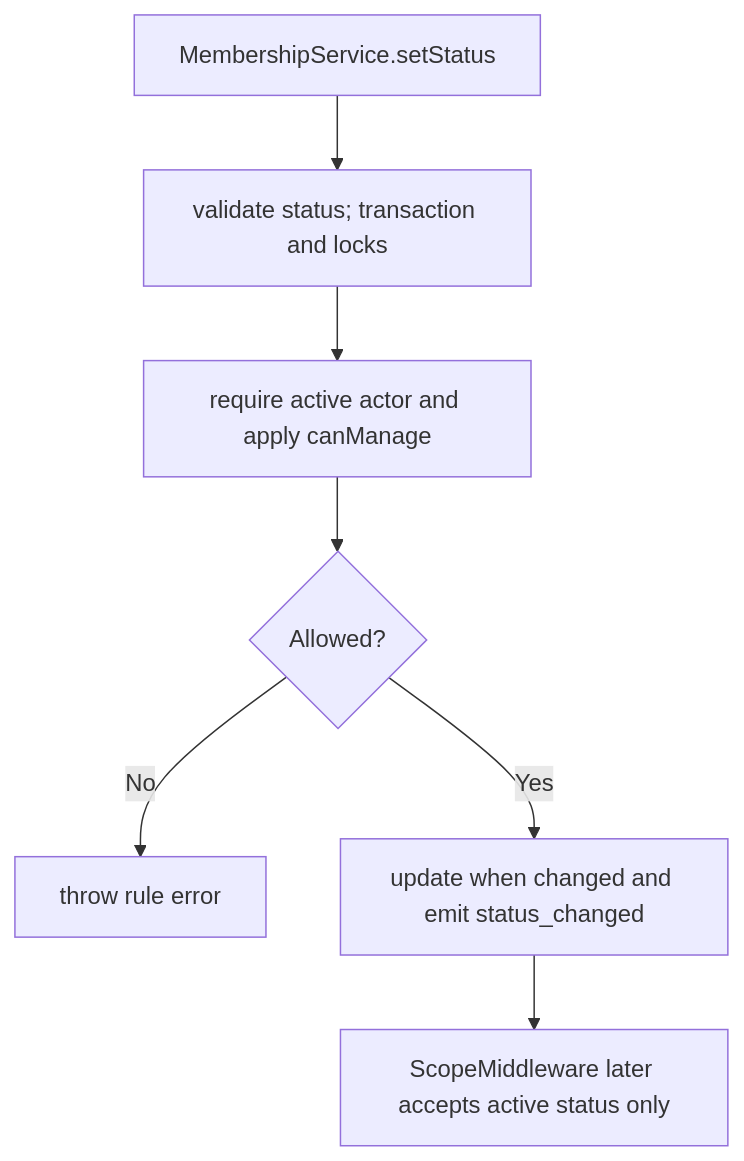
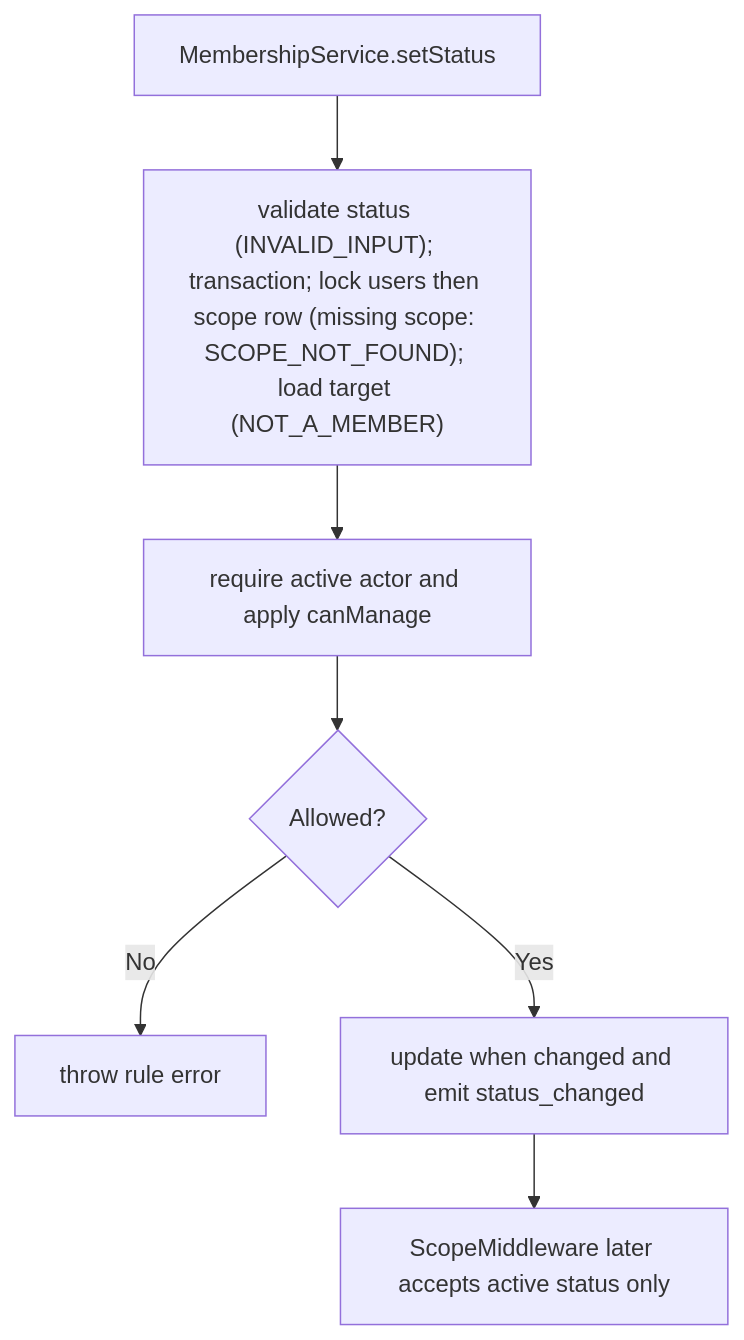
Before and after one commit to Kevinjohn/oss-adonisjs-access-control: the second of 2 diagrams in user-stories/US-ACCESS-05-change-member-status.md, drawn with Mermaid. The commit also changed other lines of this file and 19 other files, not shown here.

````diff
--- a/user-stories/US-ACCESS-05-change-member-status.md
+++ b/user-stories/US-ACCESS-05-change-member-status.md
@@ -34,9 +42,9 @@
 ```mermaid
 flowchart TD
-    A["MembershipService.setStatus"] --> B["validate status; transaction and locks"]
+    A["MembershipService.setStatus"] --> B["validate status (INVALID_INPUT); transaction; lock users then scope row (missing scope: SCOPE_NOT_FOUND); load target (NOT_A_MEMBER)"]
     B --> C["require active actor and apply canManage"]
     C --> D{"Allowed?"}
     D -->|No| E["throw rule error"]
     D -->|Yes| F["update when changed and emit status_changed"]
     F --> G["ScopeMiddleware later accepts active status only"]
 ```
````
